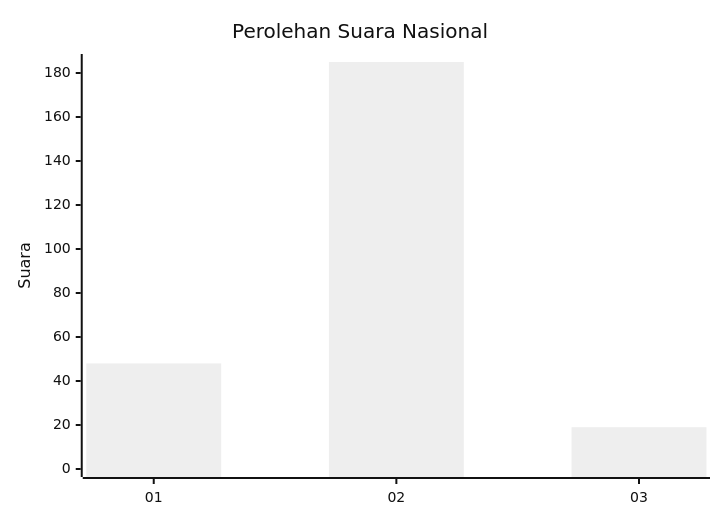
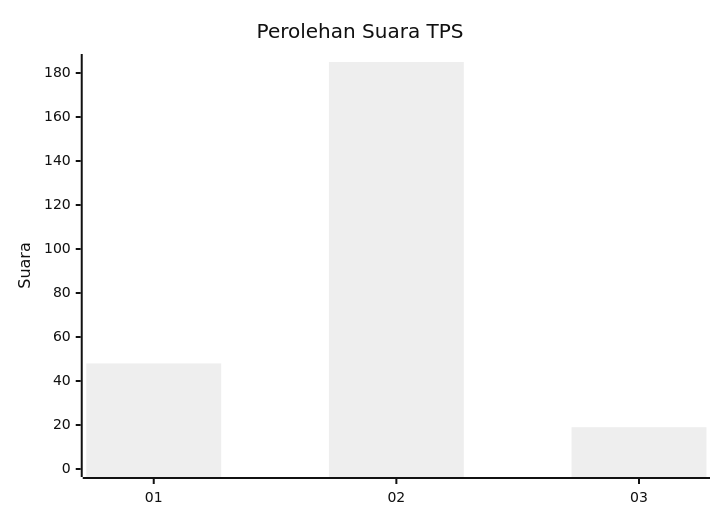
The first of 2 diagrams in pilpres/hitung-suara/sub/75-gorontalo/sub/04-pohuwato/sub/02-lemito/sub/2009-kenari/sub/003-tps/README.md (gigit-pemilu/pemilu-2024-75-gorontalo), drawn with Mermaid (neutral theme) before and after one commit. The commit also changed other lines of this file and 2434 other files, not shown here.

````diff
--- a/pilpres/hitung-suara/sub/75-gorontalo/sub/04-pohuwato/sub/02-lemito/sub/2009-kenari/sub/003-tps/README.md
+++ b/pilpres/hitung-suara/sub/75-gorontalo/sub/04-pohuwato/sub/02-lemito/sub/2009-kenari/sub/003-tps/README.md
@@ -5,7 +5,7 @@
 ```mermaid
 xychart-beta
-    title "Perolehan Suara Nasional"
+    title "Perolehan Suara TPS"
     x-axis [01, 02, 03]
     y-axis "Suara" 0 --> 185
     bar [48, 185, 19]
 ```
````
